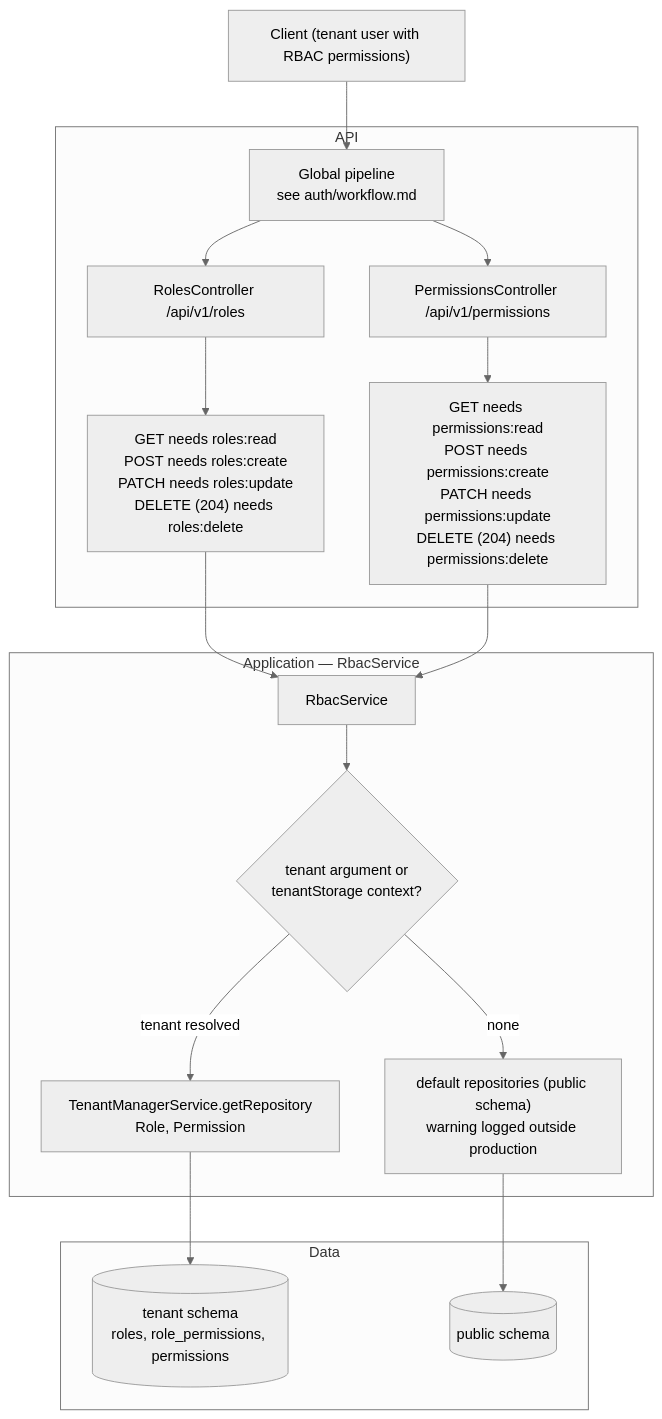
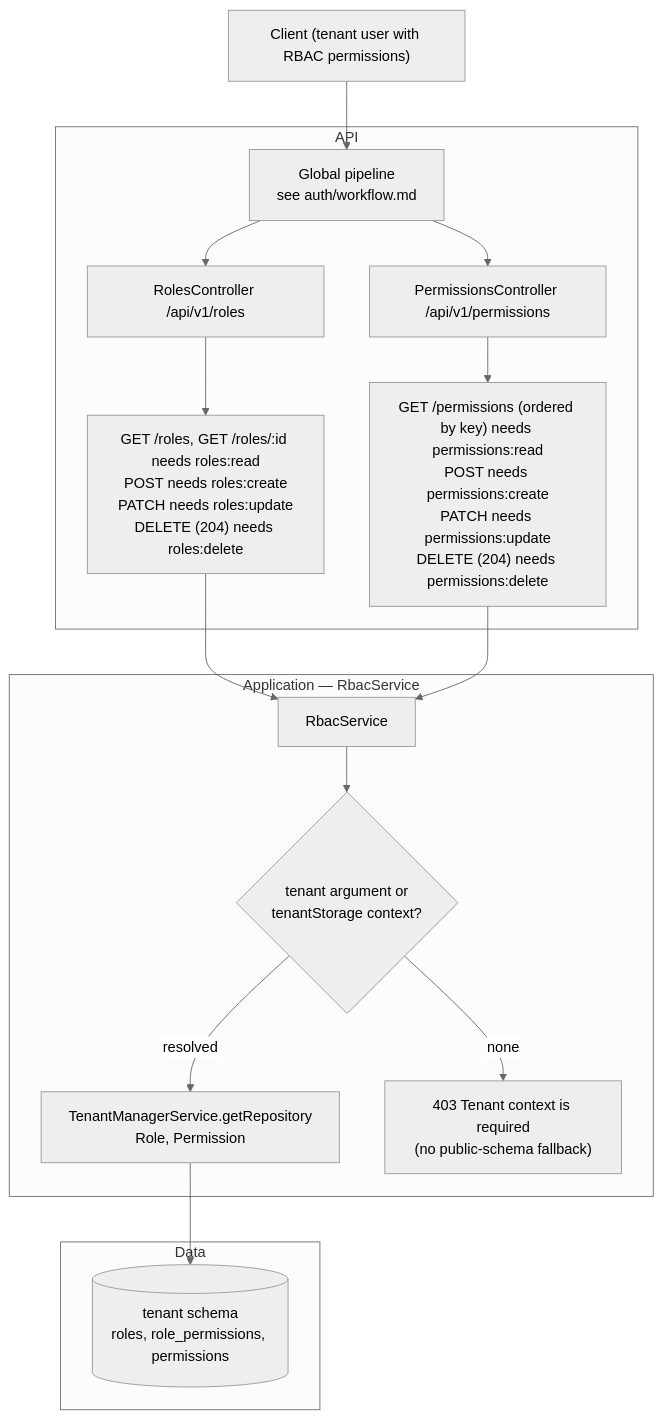
One commit to DevBassel/saas_commerce changed the first of 4 diagrams in apps/api/src/modules/rbac/workflow.md. Above: the diagram before and after it, drawn with Mermaid (neutral theme). The commit also changed other lines of this file and 100 other files, not shown here.

````diff
--- a/apps/api/src/modules/rbac/workflow.md
+++ b/apps/api/src/modules/rbac/workflow.md
@@ -1,25 +1,24 @@
 ```mermaid
 flowchart TD
     Client["Client (tenant user with RBAC permissions)"] --> GUARDS["Global pipeline<br/>see auth/workflow.md"]
 
     subgraph API["API"]
         GUARDS --> RC["RolesController /api/v1/roles"]
         GUARDS --> PC["PermissionsController /api/v1/permissions"]
-        RC --> RC1["GET needs roles:read<br/>POST needs roles:create<br/>PATCH needs roles:update<br/>DELETE (204) needs roles:delete"]
-        PC --> PC1["GET needs permissions:read<br/>POST needs permissions:create<br/>PATCH needs permissions:update<br/>DELETE (204) needs permissions:delete"]
+        RC --> RC1["GET /roles, GET /roles/:id needs roles:read<br/>POST needs roles:create<br/>PATCH needs roles:update<br/>DELETE (204) needs roles:delete"]
+        PC --> PC1["GET /permissions (ordered by key) needs permissions:read<br/>POST needs permissions:create<br/>PATCH needs permissions:update<br/>DELETE (204) needs permissions:delete"]
     end
 
     RC1 --> SVC["RbacService"]
     PC1 --> SVC
 
     subgraph APP["Application — RbacService"]
         SVC --> TRT{"tenant argument or<br/>tenantStorage context?"}
-        TRT -->|"tenant resolved"| TM["TenantManagerService.getRepository<br/>Role, Permission"]
-        TRT -->|"none"| DEF["default repositories (public schema)<br/>warning logged outside production"]
+        TRT -->|"resolved"| TM["TenantManagerService.getRepository<br/>Role, Permission"]
+        TRT -->|"none"| DEF["403 Tenant context is required<br/>(no public-schema fallback)"]
     end
 
     subgraph DATA["Data"]
         TM --> TDB[("tenant schema<br/>roles, role_permissions, permissions")]
-        DEF --> PDB[("public schema")]
     end
 ```
````
